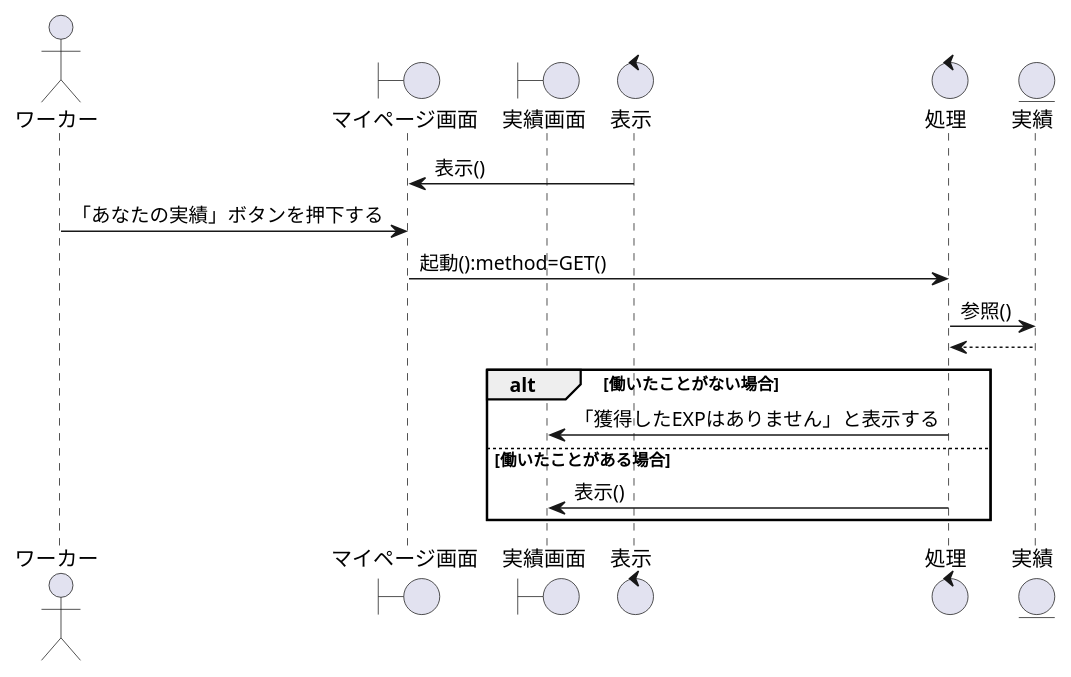
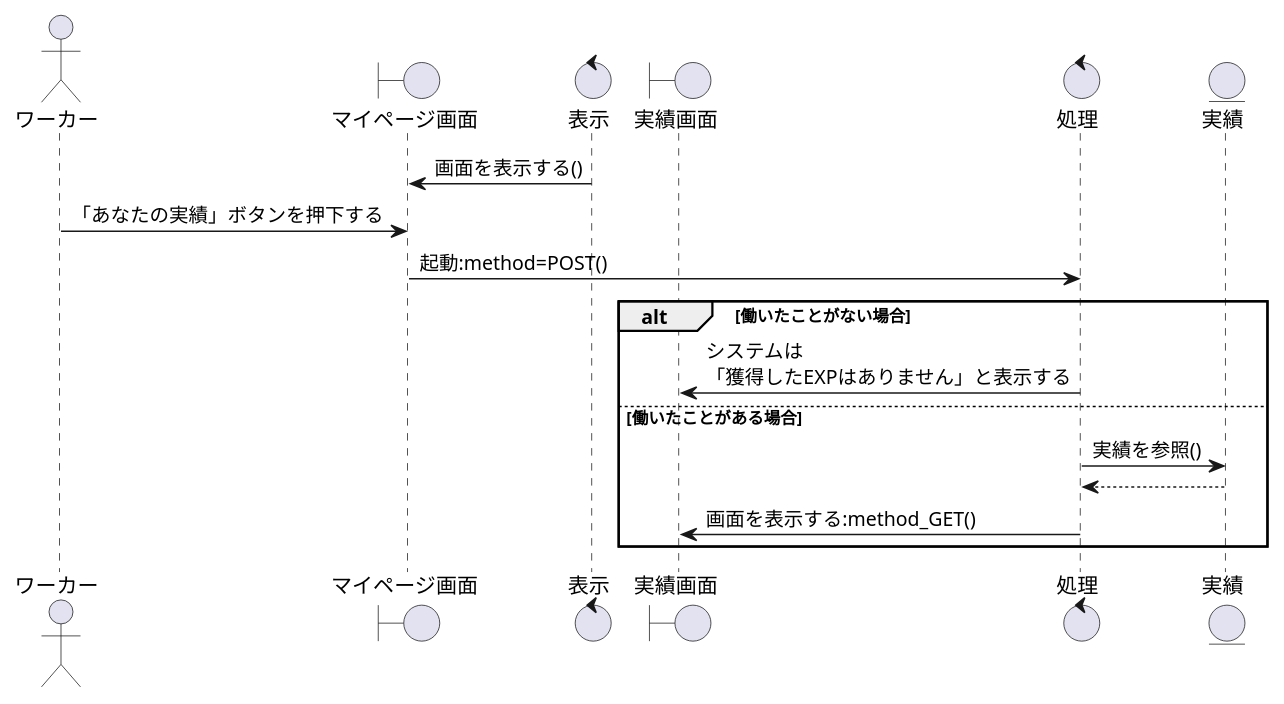
The diagram in sequence_fig/7_acconts_fn/06_あなたの実績を閲覧する.pu (irukacb256/high_Me), drawn with PlantUML before and after one commit. The commit also changed 10 other files, not shown here.

```diff
--- a/sequence_fig/7_acconts_fn/06_あなたの実績を閲覧する.pu
+++ b/sequence_fig/7_acconts_fn/06_あなたの実績を閲覧する.pu
@@ -1,27 +1,27 @@
 @startuml あなたの実績を閲覧する
 
 actor ワーカー as wo1
 
 boundary マイページ画面 as bo1
+control 表示 as co1
 boundary 実績画面 as bo2
 
-control 表示 as co1
 control 処理 as co2
 
 entity 実績 as en1
 
-co1 -> bo1:表示()
+co1 -> bo1:画面を表示する()
 wo1 -> bo1:「あなたの実績」ボタンを押下する
-bo1 -> co2:起動():method=GET()
-co2 -> en1:参照()
-en1 --> co2
+bo1 -> co2:起動:method=POST()
 
 alt 働いたことがない場合
-    co2 -> bo2:「獲得したEXPはありません」と表示する
+    co2 -> bo2:システムは\n「獲得したEXPはありません」と表示する
 
 else 働いたことがある場合
-    co2 -> bo2:表示()
+    co2 -> en1:実績を参照()
+    en1 --> co2
+    co2 -> bo2:画面を表示する:method_GET()
 
 end
 
 @enduml
```
